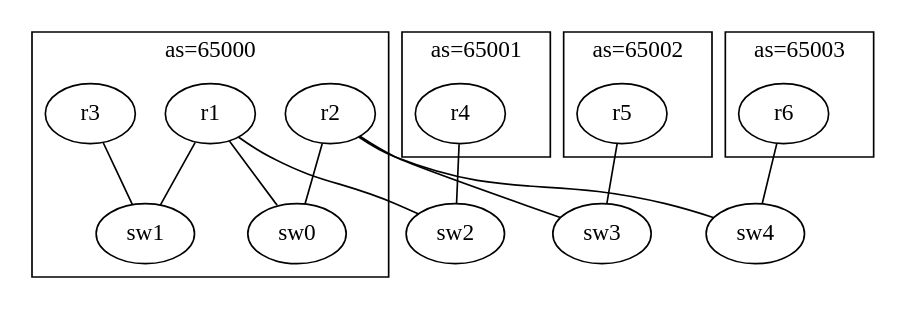
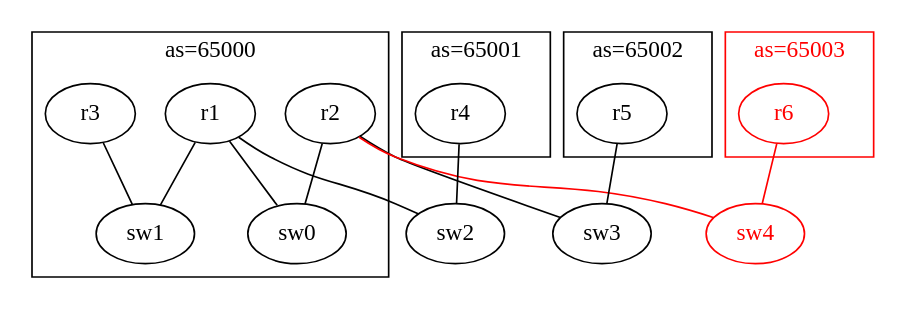
The diagram in answer/4/bgp.dot (cpflat/dot2net-evaluation), drawn with Graphviz before and after one commit. The commit also changed 42 other files, not shown here.

```diff
--- a/answer/4/bgp.dot
+++ b/answer/4/bgp.dot
@@ -1,40 +1,40 @@
 digraph  {
         subgraph cluster1 {
                 label="as=65000";
 		r1[class="router; bgp; ospf"];
 		r2[class="router; bgp; ospf"];
 		r3[class="router; ospf"];
 		sw0[class="switch"];
 		sw1[class="switch"];
         }
 
 	subgraph cluster2 {
 		label="as=65001";
 		r4[class="router; bgp"];
 	}
 
 	subgraph cluster3 {
 		label="as=65002";
 		r5[class="router; bgp"];
 	}
 
 	subgraph cluster4 {
-		label="as=65003";
-		r6[class="router; bgp"];
+		label="as=65003"; color="red"; fontcolor="red";
+		r6[class="router; bgp", color="red", fontcolor="red"];
 	}
 
 	sw2[class="switch"];
 	sw3[class="switch"];
-	sw4[class="switch"];
+	sw4[class="switch", color="red", fontcolor="red"];
 
 	r1->sw0[dir="none", tailclass="ibgp; ospf; priority=10"];
 	r2->sw0[dir="none", tailclass="ibgp; ospf; priority=5"]
 	r1->sw1[dir="none", tailclass="ospf; priority=10"];
 	r3->sw1[dir="none", tailclass="ospf; priority=5"];
 	r1->sw2[dir="none", tailclass="ebgp"];
 	r4->sw2[dir="none", tailclass="ebgp"];
 	r2->sw3[dir="none", tailclass="ebgp"];
 	r5->sw3[dir="none", tailclass="ebgp"];
-	r2->sw4[dir="none", tailclass="ebgp"];
-	r6->sw4[dir="none", tailclass="ebgp"];
+	r2->sw4[dir="none", tailclass="ebgp", color="red"];
+	r6->sw4[dir="none", tailclass="ebgp", color="red"];
 }
```
